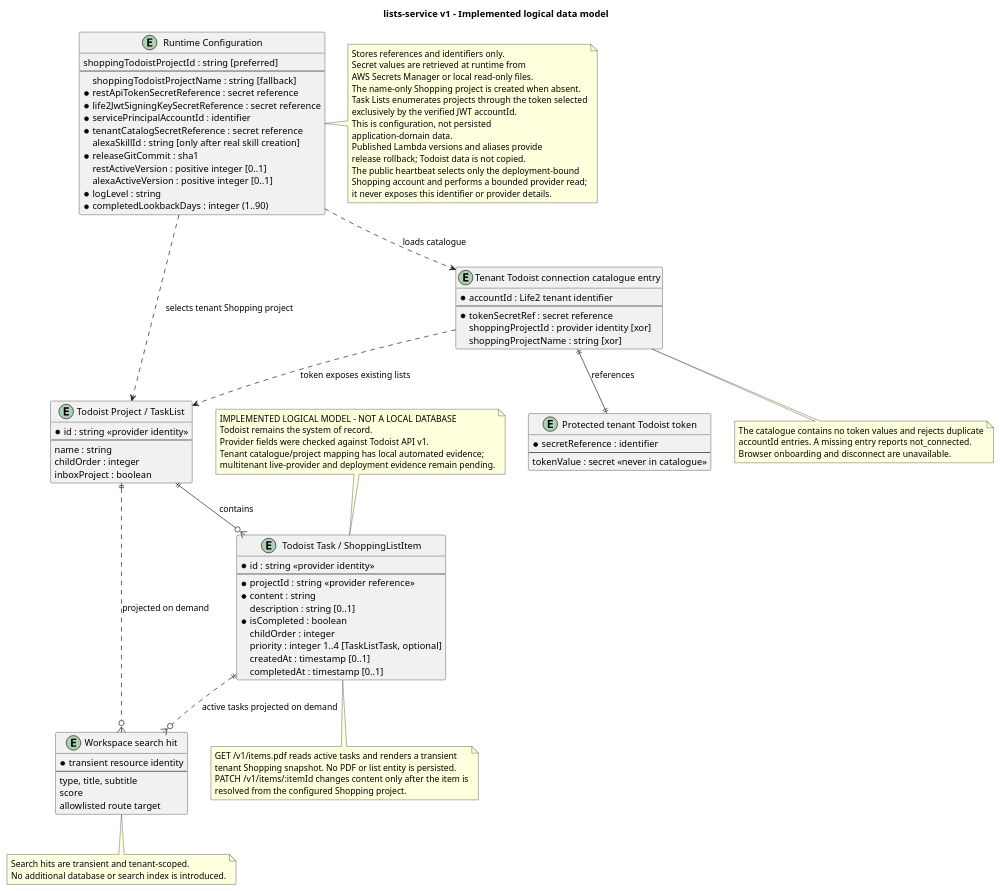
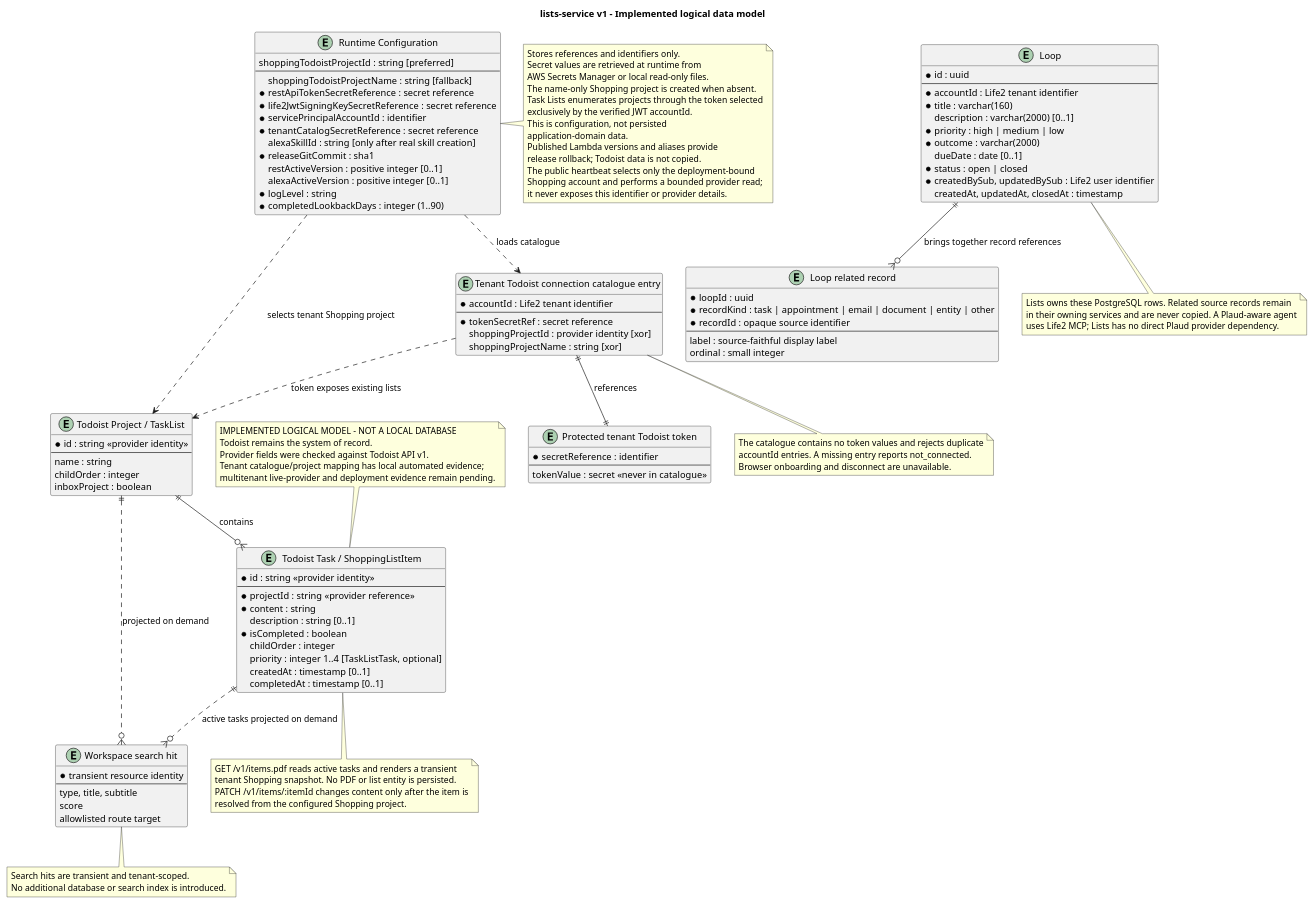
One commit to ralfepoisson/lists-service changed the diagram in docs/architecture/erd.puml. Above: the diagram before and after it, drawn with PlantUML. The commit also changed 26 other files, not shown here.

Commit message:
Add tenant-scoped Lists loops and persistence

```diff
--- a/docs/architecture/erd.puml
+++ b/docs/architecture/erd.puml
@@ -1,119 +1,149 @@
 @startuml
 title lists-service v1 - Implemented logical data model
 
 hide methods
 hide stereotypes
 skinparam shadowing false
 
 note as StatusNote
   IMPLEMENTED LOGICAL MODEL - NOT A LOCAL DATABASE
   Todoist remains the system of record.
   Provider fields were checked against Todoist API v1.
   Tenant catalogue/project mapping has local automated evidence;
   multitenant live-provider and deployment evidence remain pending.
 end note
 
 entity "Todoist Project / TaskList" as Project {
   * id : string <<provider identity>>
   --
   name : string
   childOrder : integer
   inboxProject : boolean
 }
 
 entity "Todoist Task / ShoppingListItem" as Item {
   * id : string <<provider identity>>
   --
   * projectId : string <<provider reference>>
   * content : string
   description : string [0..1]
   * isCompleted : boolean
   childOrder : integer
   priority : integer 1..4 [TaskListTask, optional]
   createdAt : timestamp [0..1]
   completedAt : timestamp [0..1]
 }
 
 entity "Runtime Configuration" as Configuration {
   shoppingTodoistProjectId : string [preferred]
   --
   shoppingTodoistProjectName : string [fallback]
   * restApiTokenSecretReference : secret reference
   * life2JwtSigningKeySecretReference : secret reference
   * servicePrincipalAccountId : identifier
   * tenantCatalogSecretReference : secret reference
   alexaSkillId : string [only after real skill creation]
   * releaseGitCommit : sha1
   restActiveVersion : positive integer [0..1]
   alexaActiveVersion : positive integer [0..1]
   * logLevel : string
   * completedLookbackDays : integer (1..90)
 }
 
 entity "Tenant Todoist connection catalogue entry" as Connection {
   * accountId : Life2 tenant identifier
   --
   * tokenSecretRef : secret reference
   shoppingProjectId : provider identity [xor]
   shoppingProjectName : string [xor]
 }
 
 entity "Protected tenant Todoist token" as TenantToken {
   * secretReference : identifier
   --
   tokenValue : secret <<never in catalogue>>
 }
 
 entity "Workspace search hit" as SearchHit {
   * transient resource identity
   --
   type, title, subtitle
   score
   allowlisted route target
 }
 
+entity "Loop" as Loop {
+  * id : uuid
+  --
+  * accountId : Life2 tenant identifier
+  * title : varchar(160)
+  description : varchar(2000) [0..1]
+  * priority : high | medium | low
+  * outcome : varchar(2000)
+  dueDate : date [0..1]
+  * status : open | closed
+  * createdBySub, updatedBySub : Life2 user identifier
+  createdAt, updatedAt, closedAt : timestamp
+}
+
+entity "Loop related record" as LoopReference {
+  * loopId : uuid
+  * recordKind : task | appointment | email | document | entity | other
+  * recordId : opaque source identifier
+  --
+  label : source-faithful display label
+  ordinal : small integer
+}
+
 Project ||--o{ Item : contains
 Connection ..> Project : token exposes existing lists
 Connection ||--|| TenantToken : references
 Configuration ..> Connection : loads catalogue
 Configuration ..> Project : selects tenant Shopping project
 Project ||..o{ SearchHit : projected on demand
 Item ||..o{ SearchHit : active tasks projected on demand
+Loop ||--o{ LoopReference : brings together record references
 
 note right of Configuration
   Stores references and identifiers only.
   Secret values are retrieved at runtime from
   AWS Secrets Manager or local read-only files.
   The name-only Shopping project is created when absent.
   Task Lists enumerates projects through the token selected
   exclusively by the verified JWT accountId.
   This is configuration, not persisted
   application-domain data.
   Published Lambda versions and aliases provide
   release rollback; Todoist data is not copied.
   The public heartbeat selects only the deployment-bound
   Shopping account and performs a bounded provider read;
   it never exposes this identifier or provider details.
 end note
 
 note bottom of Connection
   The catalogue contains no token values and rejects duplicate
   accountId entries. A missing entry reports not_connected.
   Browser onboarding and disconnect are unavailable.
 end note
 
 note bottom of Item
   GET /v1/items.pdf reads active tasks and renders a transient
   tenant Shopping snapshot. No PDF or list entity is persisted.
   PATCH /v1/items/:itemId changes content only after the item is
   resolved from the configured Shopping project.
 end note
 
 note bottom of SearchHit
   Search hits are transient and tenant-scoped.
   No additional database or search index is introduced.
 end note
 
+note bottom of Loop
+  Lists owns these PostgreSQL rows. Related source records remain
+  in their owning services and are never copied. A Plaud-aware agent
+  uses Life2 MCP; Lists has no direct Plaud provider dependency.
+end note
+
 StatusNote .. Item
 
 @enduml
```
